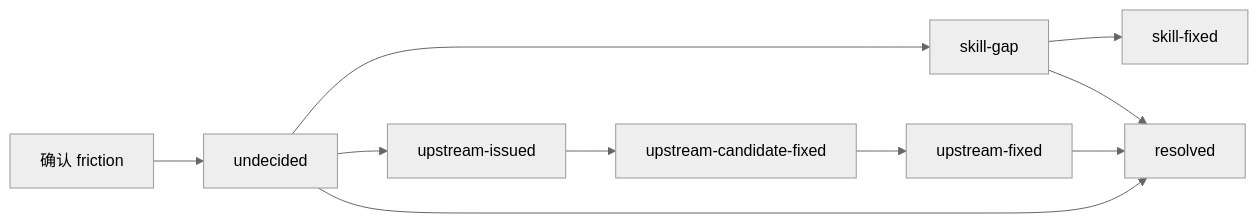
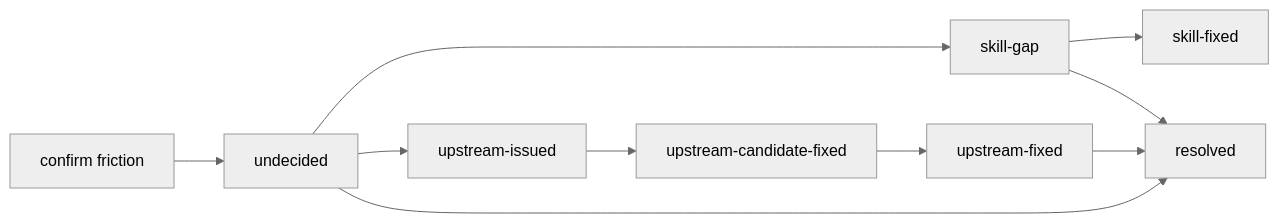
The diagram in VISION.md (Etavioxy/friction-skills), drawn with Mermaid (neutral theme) before and after one commit. The commit also changed other lines of this file and 2 other files, not shown here.

````diff
--- a/VISION.md
+++ b/VISION.md
@@ -55,12 +57,12 @@
 ```mermaid
 flowchart LR
-    start["确认 friction"] --> u["undecided"]
+    start["confirm friction"] --> u["undecided"]
     u --> sg["skill-gap"]
     sg --> sf["skill-fixed"]
     u --> ui["upstream-issued"]
     ui --> ucf["upstream-candidate-fixed"]
     ucf --> uf["upstream-fixed"]
     u --> r["resolved"]
     sg --> r
     uf --> r
 ```
````
